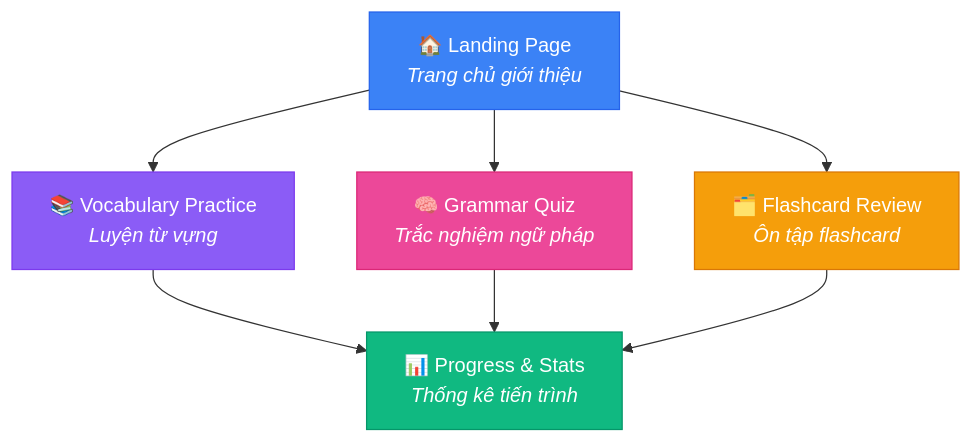
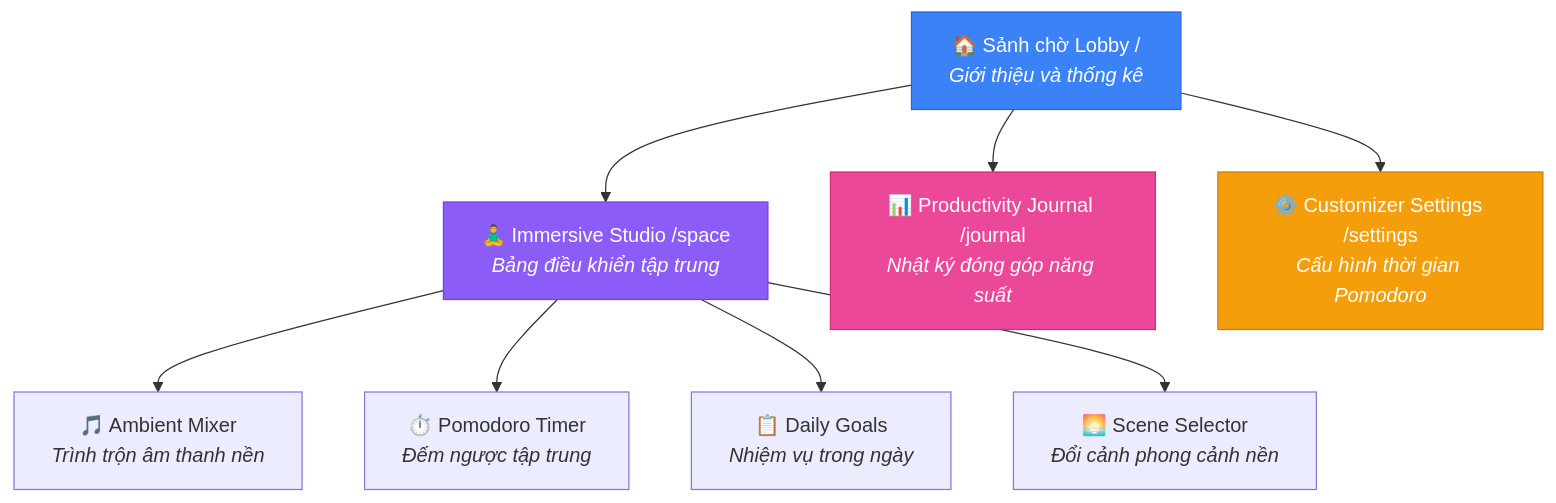
Before and after one commit to thanhmati/antigravity-vibe-coding-course: the fourth of 6 diagrams in docs/section-07-vibe-coding/lesson-01-vibe-coding-overview.md, drawn with Mermaid. The commit also changed other lines of this file and 5 other files, not shown here.

````diff
--- a/docs/section-07-vibe-coding/lesson-01-vibe-coding-overview.md
+++ b/docs/section-07-vibe-coding/lesson-01-vibe-coding-overview.md
@@ -178,17 +178,17 @@
 ```mermaid
 graph TD
-    LP["🏠 Landing Page<br/><i>Trang chủ giới thiệu</i>"]
-    LP --> VP["📚 Vocabulary Practice<br/><i>Luyện từ vựng</i>"]
-    LP --> GQ["🧠 Grammar Quiz<br/><i>Trắc nghiệm ngữ pháp</i>"]
-    LP --> FR["🗂️ Flashcard Review<br/><i>Ôn tập flashcard</i>"]
+    LE["🏠 Sảnh chờ Lobby /<br/><i>Giới thiệu và thống kê</i>"]
+    LE --> VS["🧘‍♂️ Immersive Studio /space<br/><i>Bảng điều khiển tập trung</i>"]
+    LE --> PJ["📊 Productivity Journal /journal<br/><i>Nhật ký đóng góp năng suất</i>"]
+    LE --> CS["⚙️ Customizer Settings /settings<br/><i>Cấu hình thời gian Pomodoro</i>"]
 
-    VP --> PS["📊 Progress & Stats<br/><i>Thống kê tiến trình</i>"]
-    GQ --> PS
-    FR --> PS
+    VS --> AM["🎵 Ambient Mixer<br/><i>Trình trộn âm thanh nền</i>"]
+    VS --> PT["⏱️ Pomodoro Timer<br/><i>Đếm ngược tập trung</i>"]
+    VS --> DG["📋 Daily Goals<br/><i>Nhiệm vụ trong ngày</i>"]
+    VS --> SS["🌅 Scene Selector<br/><i>Đổi cảnh phong cảnh nền</i>"]
 
-    style LP fill:#3b82f6,stroke:#2563eb,color:#fff
-    style VP fill:#8b5cf6,stroke:#7c3aed,color:#fff
-    style GQ fill:#ec4899,stroke:#db2777,color:#fff
-    style FR fill:#f59e0b,stroke:#d97706,color:#fff
-    style PS fill:#10b981,stroke:#059669,color:#fff
+    style LE fill:#3b82f6,stroke:#2563eb,color:#fff
+    style VS fill:#8b5cf6,stroke:#7c3aed,color:#fff
+    style PJ fill:#ec4899,stroke:#db2777,color:#fff
+    style CS fill:#f59e0b,stroke:#d97706,color:#fff
 ```
````
